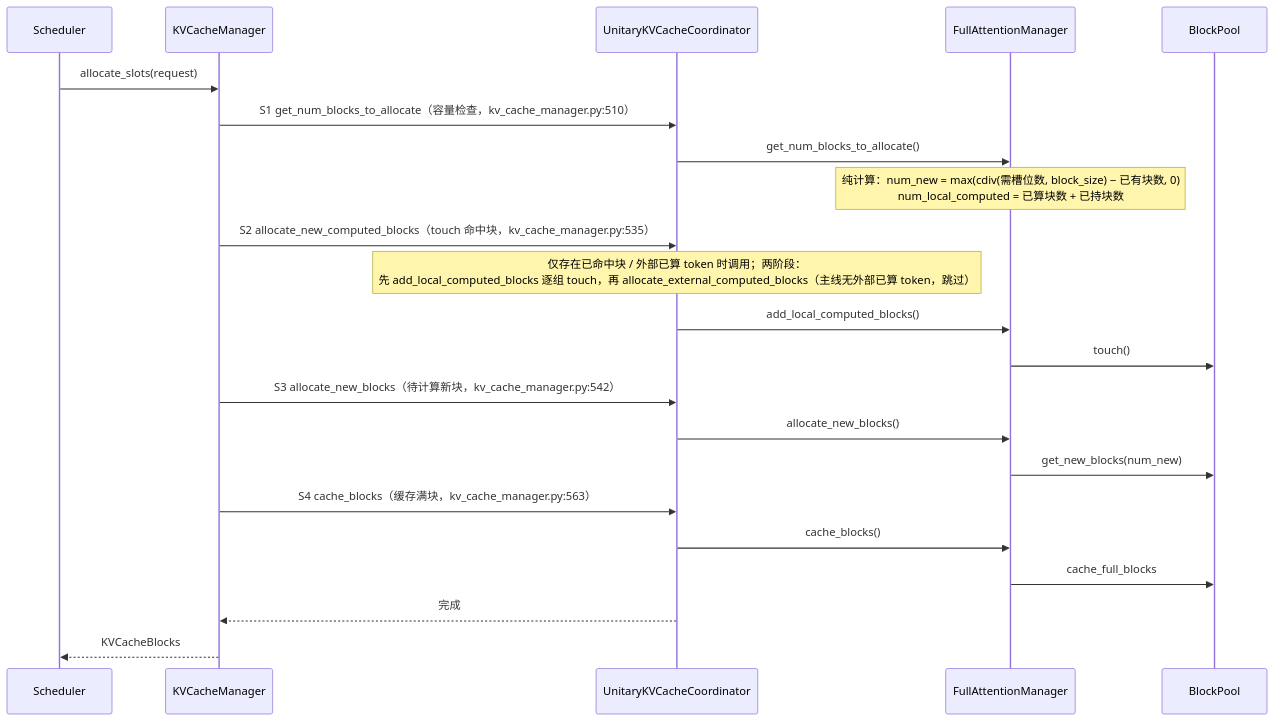
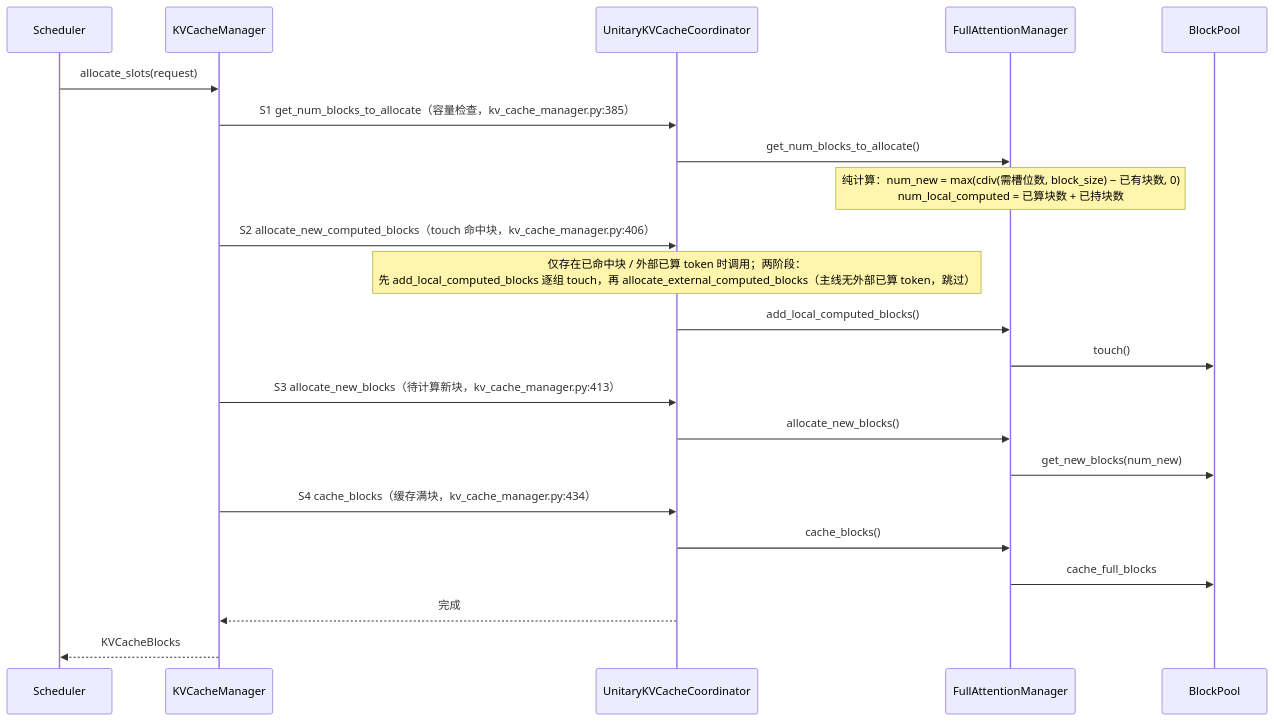
One commit to GoCHug/vllm changed the fourth of 7 diagrams in vllm/v1/core/kvcache_study/kvcache_docs_v2/0_runtime_sequence.md. Above: the diagram before and after it, drawn with Mermaid. The commit also changed other lines of this file and 7 other files, not shown here.

````diff
--- a/vllm/v1/core/kvcache_study/kvcache_docs_v2/0_runtime_sequence.md
+++ b/vllm/v1/core/kvcache_study/kvcache_docs_v2/0_runtime_sequence.md
@@ -248,25 +248,25 @@
 ```mermaid
 %%{init: {"themeVariables": {"actorFontSize": "11px", "messageFontSize": "11px", "noteFontSize": "11px"}, "sequence": {"actorMargin": 40, "messageMargin": 16, "noteMargin": 8, "boxMargin": 8, "mirrorActors": true}}}%%
 sequenceDiagram
     participant Scheduler
     participant KVCacheManager
     participant UnitaryKVCacheCoordinator
     participant FullAttentionManager
     participant BlockPool
     Scheduler->>KVCacheManager: allocate_slots(request)
-    KVCacheManager->>UnitaryKVCacheCoordinator: S1 get_num_blocks_to_allocate（容量检查，kv_cache_manager.py:510）
+    KVCacheManager->>UnitaryKVCacheCoordinator: S1 get_num_blocks_to_allocate（容量检查，kv_cache_manager.py:385）
     UnitaryKVCacheCoordinator->>FullAttentionManager: get_num_blocks_to_allocate()
     Note over FullAttentionManager: 纯计算：num_new = max(cdiv(需槽位数, block_size) − 已有块数, 0)<br/>num_local_computed = 已算块数 + 已持块数
-    KVCacheManager->>UnitaryKVCacheCoordinator: S2 allocate_new_computed_blocks（touch 命中块，kv_cache_manager.py:535）
+    KVCacheManager->>UnitaryKVCacheCoordinator: S2 allocate_new_computed_blocks（touch 命中块，kv_cache_manager.py:406）
     Note over UnitaryKVCacheCoordinator: 仅存在已命中块 / 外部已算 token 时调用；两阶段：<br/>先 add_local_computed_blocks 逐组 touch，再 allocate_external_computed_blocks（主线无外部已算 token，跳过）
     UnitaryKVCacheCoordinator->>FullAttentionManager: add_local_computed_blocks()
     FullAttentionManager->>BlockPool: touch()
-    KVCacheManager->>UnitaryKVCacheCoordinator: S3 allocate_new_blocks（待计算新块，kv_cache_manager.py:542）
+    KVCacheManager->>UnitaryKVCacheCoordinator: S3 allocate_new_blocks（待计算新块，kv_cache_manager.py:413）
     UnitaryKVCacheCoordinator->>FullAttentionManager: allocate_new_blocks()
     FullAttentionManager->>BlockPool: get_new_blocks(num_new)
-    KVCacheManager->>UnitaryKVCacheCoordinator: S4 cache_blocks（缓存满块，kv_cache_manager.py:563）
+    KVCacheManager->>UnitaryKVCacheCoordinator: S4 cache_blocks（缓存满块，kv_cache_manager.py:434）
     UnitaryKVCacheCoordinator->>FullAttentionManager: cache_blocks()
     FullAttentionManager->>BlockPool: cache_full_blocks
     UnitaryKVCacheCoordinator-->>KVCacheManager: 完成
     KVCacheManager-->>Scheduler: KVCacheBlocks
 ```
````
